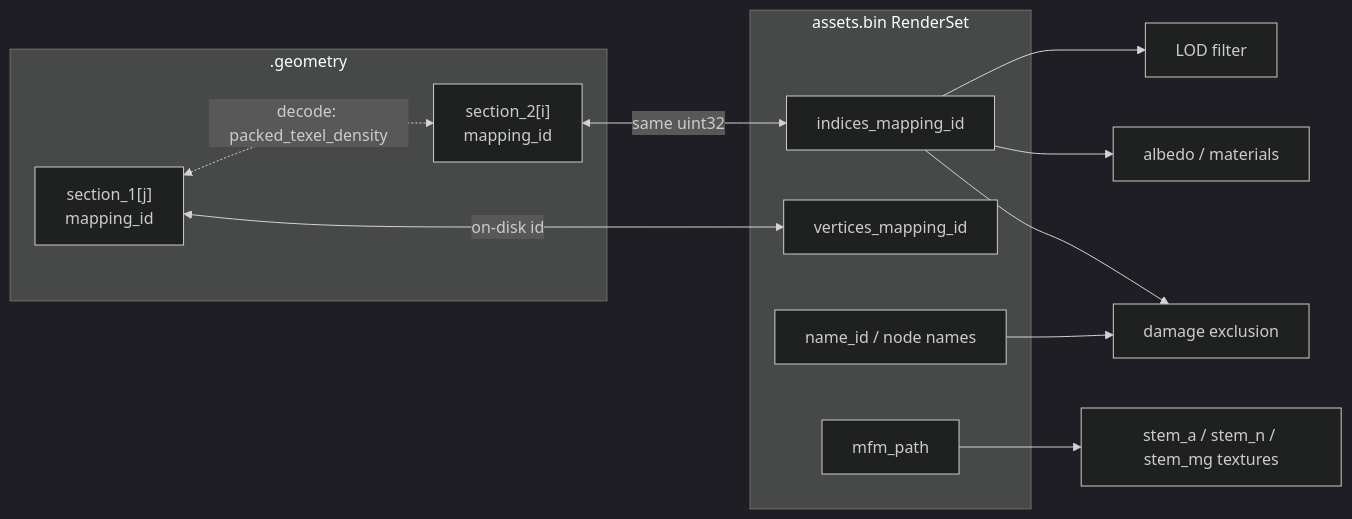
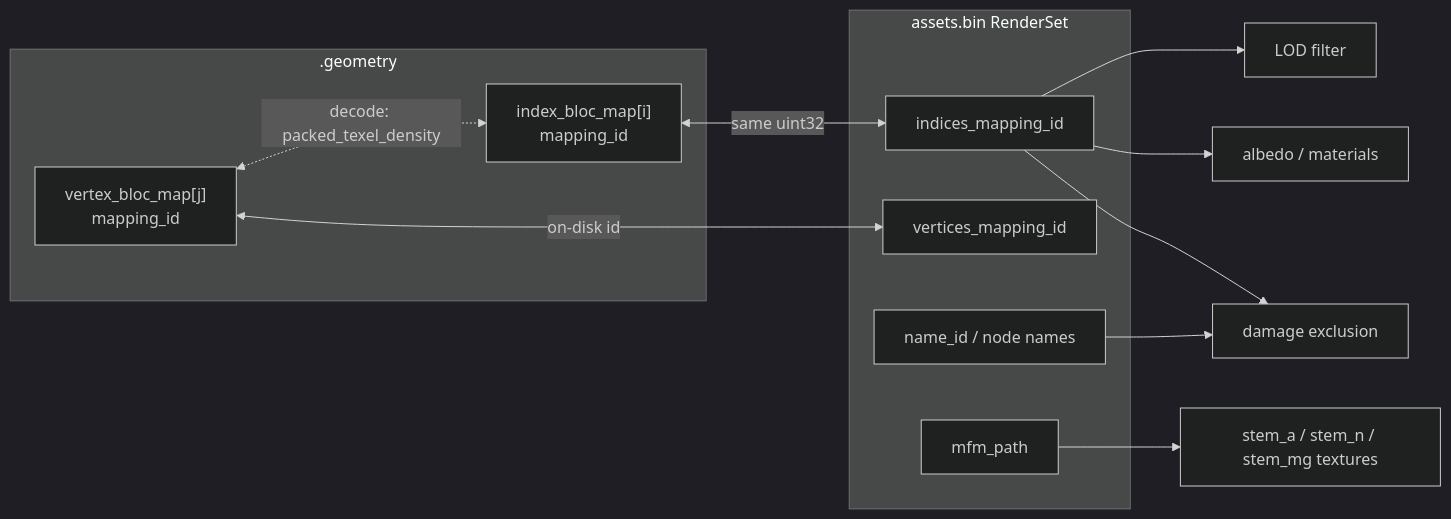
Before and after one commit to wows-tools/wows-geometry: the second of 2 diagrams in MODEL.md, drawn with Mermaid (dark theme). The commit also changed other lines of this file and 6 other files, not shown here.

````diff
--- a/MODEL.md
+++ b/MODEL.md
@@ -86,23 +86,23 @@
 ```mermaid
 flowchart LR
     subgraph geom[".geometry"]
-        s2["section_2[i]<br/>mapping_id"]
-        s1["section_1[j]<br/>mapping_id"]
+        ibloc["index_bloc_map[i]<br/>mapping_id"]
+        vbloc["vertex_bloc_map[j]<br/>mapping_id"]
     end
 
     subgraph abin["assets.bin RenderSet"]
         idx["indices_mapping_id"]
         vtx["vertices_mapping_id"]
         mfm["mfm_path"]
         names["name_id / node names"]
     end
 
-    s2 <-->|"same uint32"| idx
-    s1 <-->|"on-disk id"| vtx
-    s1 <-.->|"decode: packed_texel_density"| s2
+    ibloc <-->|"same uint32"| idx
+    vbloc <-->|"on-disk id"| vtx
+    vbloc <-.->|"decode: packed_texel_density"| ibloc
     idx --> lod["LOD filter"]
     idx --> tex["albedo / materials"]
     idx --> dmg["damage exclusion"]
     mfm --> dds["stem_a / stem_n / stem_mg textures"]
     names --> dmg
 ```
````
